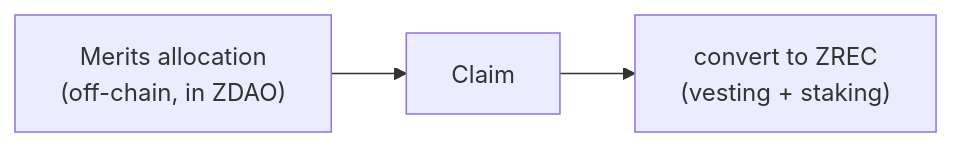
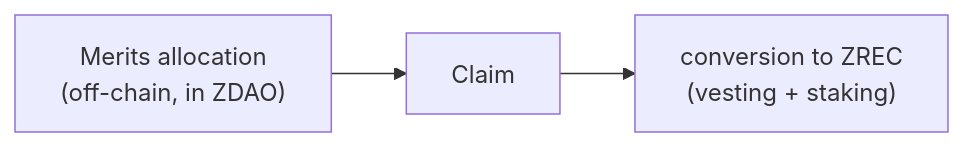
Before and after one commit to blockvault-ai/zero-energy: the fourth of 6 diagrams in docs/business-logic/02-genesis-phase.md, drawn with Mermaid. The commit also changed other lines of this file and 3 other files, not shown here.

````diff
--- a/docs/business-logic/02-genesis-phase.md
+++ b/docs/business-logic/02-genesis-phase.md
@@ -84,5 +91,5 @@
 ```mermaid
 flowchart LR
     A["Merits allocation<br/>(off-chain, in ZDAO)"] --> B[Claim]
-    B --> C["convert to ZREC<br/>(vesting + staking)"]
+    B --> C["conversion to ZREC<br/>(vesting + staking)"]
 ```
````
